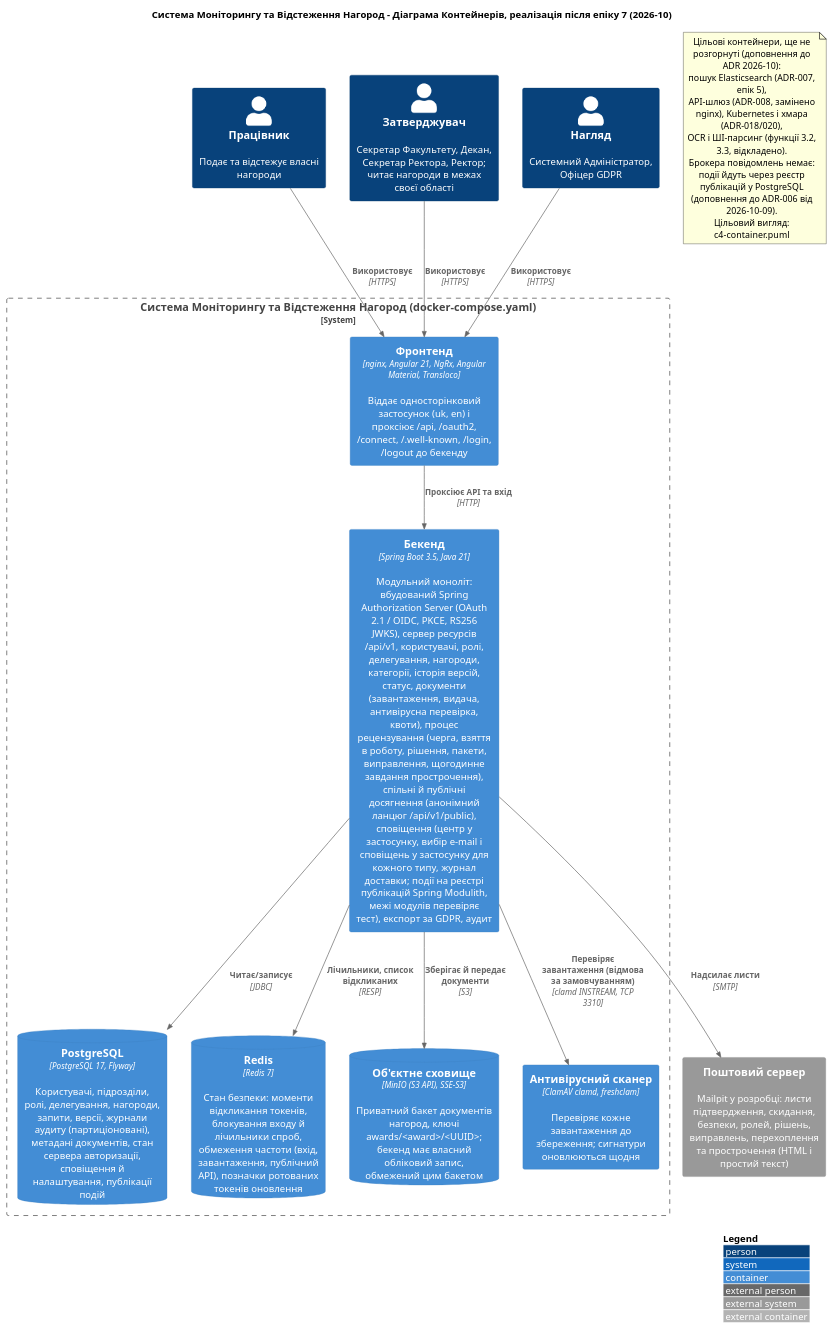
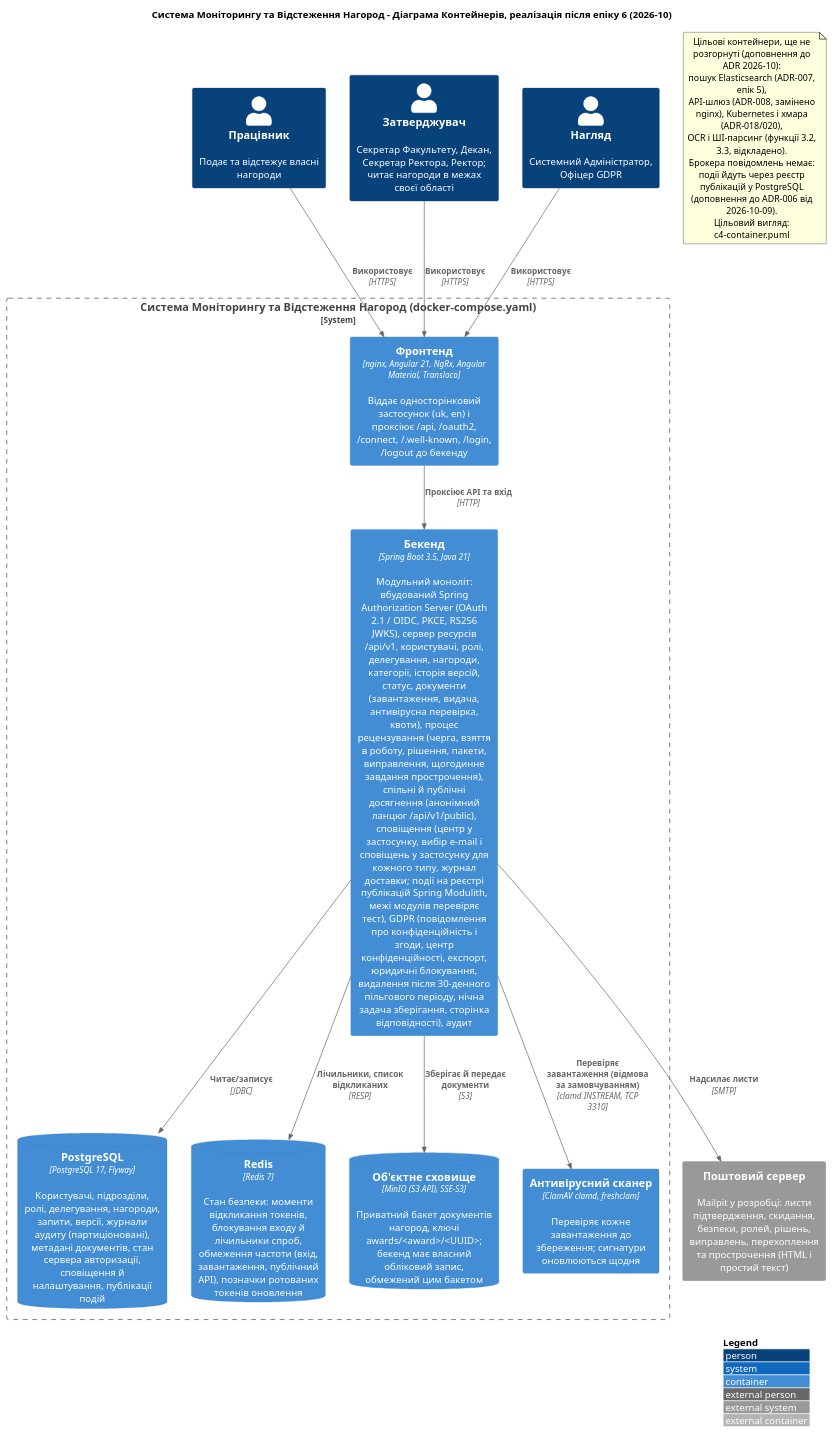
One commit to StKostyk/award-monitoring-system changed the diagram in docs/ua/diagrams/c4-container-as-built.puml. Above: the diagram before and after it, drawn with PlantUML. The commit also changed 26 other files, not shown here.

First line of the commit message:
docs(epic-06): synchronise documents, diagrams and Ukrainian copies with the shipped code

```diff
--- a/docs/ua/diagrams/c4-container-as-built.puml
+++ b/docs/ua/diagrams/c4-container-as-built.puml
@@ -1,47 +1,47 @@
 @startuml C4_Container_As_Built_UA
 !include https://raw.githubusercontent.com/plantuml-stdlib/C4-PlantUML/master/C4_Container.puml
 
-title Система Моніторингу та Відстеження Нагород - Діаграма Контейнерів, реалізація після епіку 7 (2026-10)
+title Система Моніторингу та Відстеження Нагород - Діаграма Контейнерів, реалізація після епіку 6 (2026-10)
 
 LAYOUT_WITH_LEGEND()
 
 Person(employee, "Працівник", "Подає та відстежує власні нагороди")
 Person(reviewer, "Затверджувач", "Секретар Факультету, Декан, Секретар Ректора, Ректор; читає нагороди в межах своєї області")
 Person(admin, "Нагляд", "Системний Адміністратор, Офіцер GDPR")
 
 System_Boundary(award_system, "Система Моніторингу та Відстеження Нагород (docker-compose.yaml)") {
 
     Container(frontend, "Фронтенд", "nginx, Angular 21, NgRx, Angular Material, Transloco", "Віддає односторінковий застосунок (uk, en) і проксіює /api, /oauth2, /connect, /.well-known, /login, /logout до бекенду")
 
-    Container(backend, "Бекенд", "Spring Boot 3.5, Java 21", "Модульний моноліт: вбудований Spring Authorization Server (OAuth 2.1 / OIDC, PKCE, RS256 JWKS), сервер ресурсів /api/v1, користувачі, ролі, делегування, нагороди, категорії, історія версій, статус, документи (завантаження, видача, антивірусна перевірка, квоти), процес рецензування (черга, взяття в роботу, рішення, пакети, виправлення, щогодинне завдання прострочення), спільні й публічні досягнення (анонімний ланцюг /api/v1/public), сповіщення (центр у застосунку, вибір e-mail і сповіщень у застосунку для кожного типу, журнал доставки; події на реєстрі публікацій Spring Modulith, межі модулів перевіряє тест), експорт за GDPR, аудит")
+    Container(backend, "Бекенд", "Spring Boot 3.5, Java 21", "Модульний моноліт: вбудований Spring Authorization Server (OAuth 2.1 / OIDC, PKCE, RS256 JWKS), сервер ресурсів /api/v1, користувачі, ролі, делегування, нагороди, категорії, історія версій, статус, документи (завантаження, видача, антивірусна перевірка, квоти), процес рецензування (черга, взяття в роботу, рішення, пакети, виправлення, щогодинне завдання прострочення), спільні й публічні досягнення (анонімний ланцюг /api/v1/public), сповіщення (центр у застосунку, вибір e-mail і сповіщень у застосунку для кожного типу, журнал доставки; події на реєстрі публікацій Spring Modulith, межі модулів перевіряє тест), GDPR (повідомлення про конфіденційність і згоди, центр конфіденційності, експорт, юридичні блокування, видалення після 30-денного пільгового періоду, нічна задача зберігання, сторінка відповідності), аудит")
 
     ContainerDb(postgres, "PostgreSQL", "PostgreSQL 17, Flyway", "Користувачі, підрозділи, ролі, делегування, нагороди, запити, версії, журнали аудиту (партиціоновані), метадані документів, стан сервера авторизації, сповіщення й налаштування, публікації подій")
     ContainerDb(redis, "Redis", "Redis 7", "Стан безпеки: моменти відкликання токенів, блокування входу й лічильники спроб, обмеження частоти (вхід, завантаження, публічний API), позначки ротованих токенів оновлення")
     ContainerDb(minio, "Об'єктне сховище", "MinIO (S3 API), SSE-S3", "Приватний бакет документів нагород, ключі awards/<award>/<UUID>; бекенд має власний обліковий запис, обмежений цим бакетом")
     Container(clamav, "Антивірусний сканер", "ClamAV clamd, freshclam", "Перевіряє кожне завантаження до збереження; сигнатури оновлюються щодня")
 }
 
 System_Ext(smtp, "Поштовий сервер", "Mailpit у розробці: листи підтвердження, скидання, безпеки, ролей, рішень, виправлень, перехоплення та прострочення (HTML і простий текст)")
 
 Rel(employee, frontend, "Використовує", "HTTPS")
 Rel(reviewer, frontend, "Використовує", "HTTPS")
 Rel(admin, frontend, "Використовує", "HTTPS")
 Rel(frontend, backend, "Проксіює API та вхід", "HTTP")
 Rel(backend, postgres, "Читає/записує", "JDBC")
 Rel(backend, redis, "Лічильники, список відкликаних", "RESP")
 Rel(backend, smtp, "Надсилає листи", "SMTP")
 Rel_D(backend, minio, "Зберігає й передає документи", "S3")
 Rel_D(backend, clamav, "Перевіряє завантаження (відмова за замовчуванням)", "clamd INSTREAM, TCP 3310")
 
 
 note as Planned
   Цільові контейнери, ще не розгорнуті (доповнення до ADR 2026-10):
   пошук Elasticsearch (ADR-007, епік 5),
   API-шлюз (ADR-008, замінено nginx), Kubernetes і хмара (ADR-018/020),
   OCR і ШІ-парсинг (функції 3.2, 3.3, відкладено).
   Брокера повідомлень немає: події йдуть через реєстр
   публікацій у PostgreSQL (доповнення до ADR-006 від 2026-10-09).
   Цільовий вигляд: c4-container.puml
 end note
 
 @enduml
```
